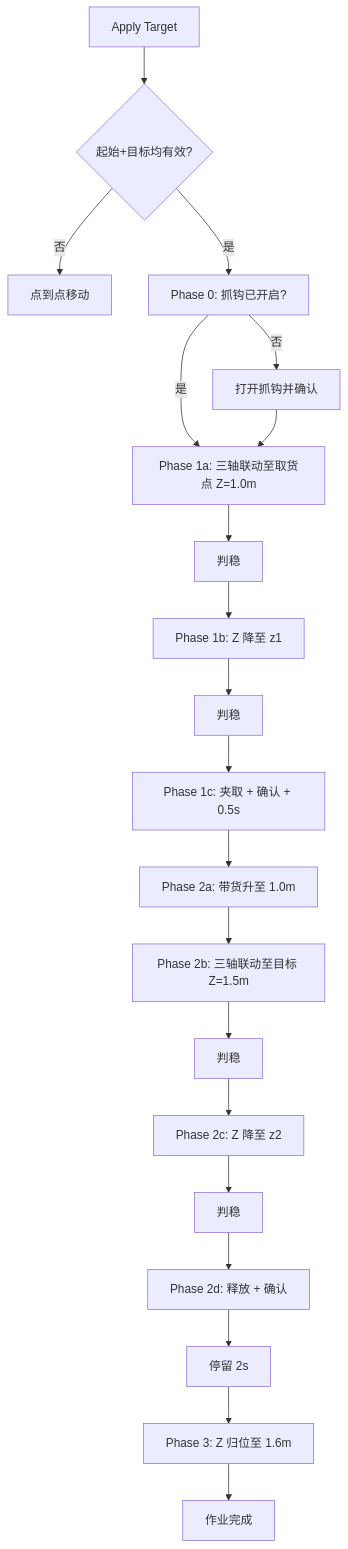
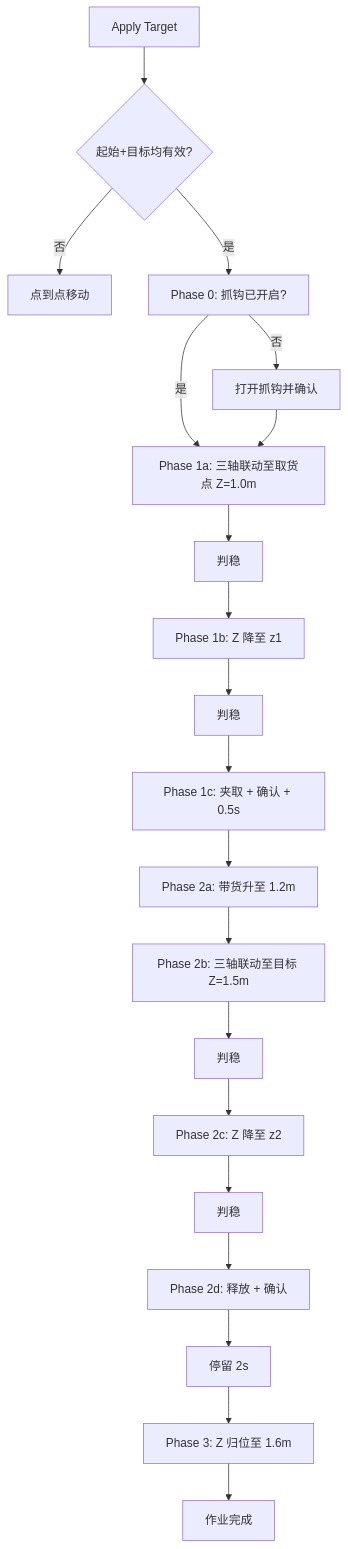
One commit to BaotingZack/lstControl changed the diagram in 说明:lst完整调度流程.md. Above: the diagram before and after it, drawn with Mermaid. The commit also changed other lines of this file and 10 other files, not shown here.

````diff
--- a/说明:lst完整调度流程.md
+++ b/说明:lst完整调度流程.md
@@ -210,22 +217,22 @@
 ```mermaid
 flowchart TD
     A[Apply Target] --> B{起始+目标均有效?}
     B -->|否| P2P[点到点移动]
     B -->|是| C[Phase 0: 抓钩已开启?]
     C -->|否| C1[打开抓钩并确认]
     C -->|是| D
     C1 --> D[Phase 1a: 三轴联动至取货点 Z=1.0m]
     D --> E[判稳]
     E --> F[Phase 1b: Z 降至 z1]
     F --> G[判稳]
     G --> H[Phase 1c: 夹取 + 确认 + 0.5s]
-    H --> I[Phase 2a: 带货升至 1.0m]
+    H --> I[Phase 2a: 带货升至 1.2m]
     I --> J[Phase 2b: 三轴联动至目标 Z=1.5m]
     J --> K[判稳]
     K --> L[Phase 2c: Z 降至 z2]
     L --> M[判稳]
     M --> N[Phase 2d: 释放 + 确认]
     N --> O[停留 2s]
     O --> P[Phase 3: Z 归位至 1.6m]
     P --> Q[作业完成]
 ```
````
